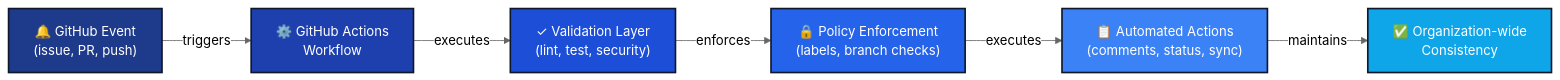
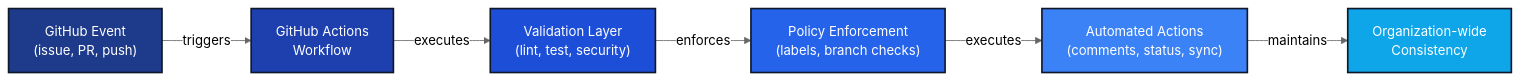
Before and after one commit to lightspeedwp/.github: the first of 4 diagrams in README.md, drawn with Mermaid (neutral theme). The commit also changed other lines of this file, not shown here.

First line of the commit message:
fix: Simplify Mermaid diagrams by removing emoji characters

````diff
--- a/README.md
+++ b/README.md
@@ -228,22 +228,22 @@
 ```mermaid
 graph LR
-    A["🔔 GitHub Event<br/>(issue, PR, push)"]
-    B["⚙️ GitHub Actions<br/>Workflow"]
-    C["✓ Validation Layer<br/>(lint, test, security)"]
-    D["🔒 Policy Enforcement<br/>(labels, branch checks)"]
-    E["📋 Automated Actions<br/>(comments, status, sync)"]
-    F["✅ Organization-wide<br/>Consistency"]
+    A["GitHub Event<br/>(issue, PR, push)"]
+    B["GitHub Actions<br/>Workflow"]
+    C["Validation Layer<br/>(lint, test, security)"]
+    D["Policy Enforcement<br/>(labels, branch checks)"]
+    E["Automated Actions<br/>(comments, status, sync)"]
+    F["Organization-wide<br/>Consistency"]
 
     A -->|triggers| B
     B -->|executes| C
     C -->|enforces| D
     D -->|executes| E
     E -->|maintains| F
 
     style A fill:#1e3a8a,color:#ffffff,stroke:#0f172a,stroke-width:2px
     style B fill:#1e40af,color:#ffffff,stroke:#0f172a,stroke-width:2px
     style C fill:#1d4ed8,color:#ffffff,stroke:#0f172a,stroke-width:2px
     style D fill:#2563eb,color:#ffffff,stroke:#0f172a,stroke-width:2px
     style E fill:#3b82f6,color:#ffffff,stroke:#0f172a,stroke-width:2px
     style F fill:#0ea5e9,color:#ffffff,stroke:#0f172a,stroke-width:2px
 ```
````
